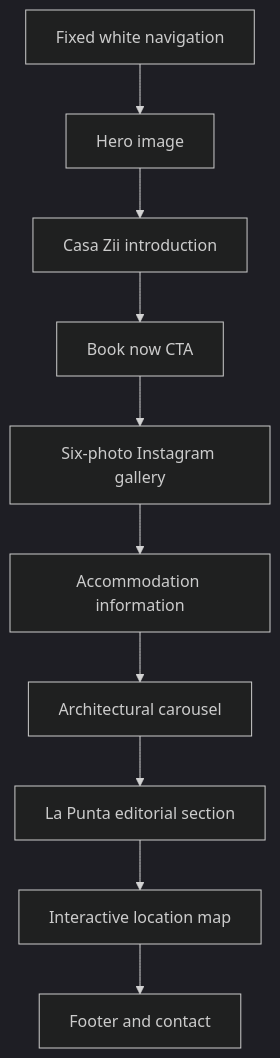
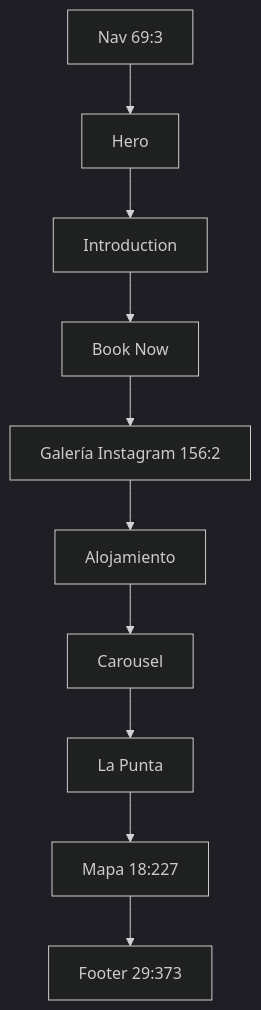
One commit to alexissahagun1/Zicatela-Landing-Page changed the diagram in docs/superpowers/specs/2026-08-23-casa-zii-navigation-gallery-map-design.md. Above: the diagram before and after it, drawn with Mermaid (dark theme). The commit also changed other lines of this file and 17 other files, not shown here.

Commit message:
feat: complete Casa Zii landing page updates

````diff
--- a/docs/superpowers/specs/2026-08-23-casa-zii-navigation-gallery-map-design.md
+++ b/docs/superpowers/specs/2026-08-23-casa-zii-navigation-gallery-map-design.md
@@ -54,12 +77,12 @@
 ```mermaid
 flowchart TD
-  A[Fixed white navigation] --> B[Hero image]
-  B --> C[Casa Zii introduction]
-  C --> D[Book now CTA]
-  D --> E[Six-photo Instagram gallery]
-  E --> F[Accommodation information]
-  F --> G[Architectural carousel]
-  G --> H[La Punta editorial section]
-  H --> I[Interactive location map]
-  I --> J[Footer and contact]
+  A[Nav 69:3] --> B[Hero]
+  B --> C[Introduction]
+  C --> D[Book Now]
+  D --> E[Galería Instagram 156:2]
+  E --> F[Alojamiento]
+  F --> G[Carousel]
+  G --> H[La Punta]
+  H --> I[Mapa 18:227]
+  I --> J[Footer 29:373]
 ```
````
